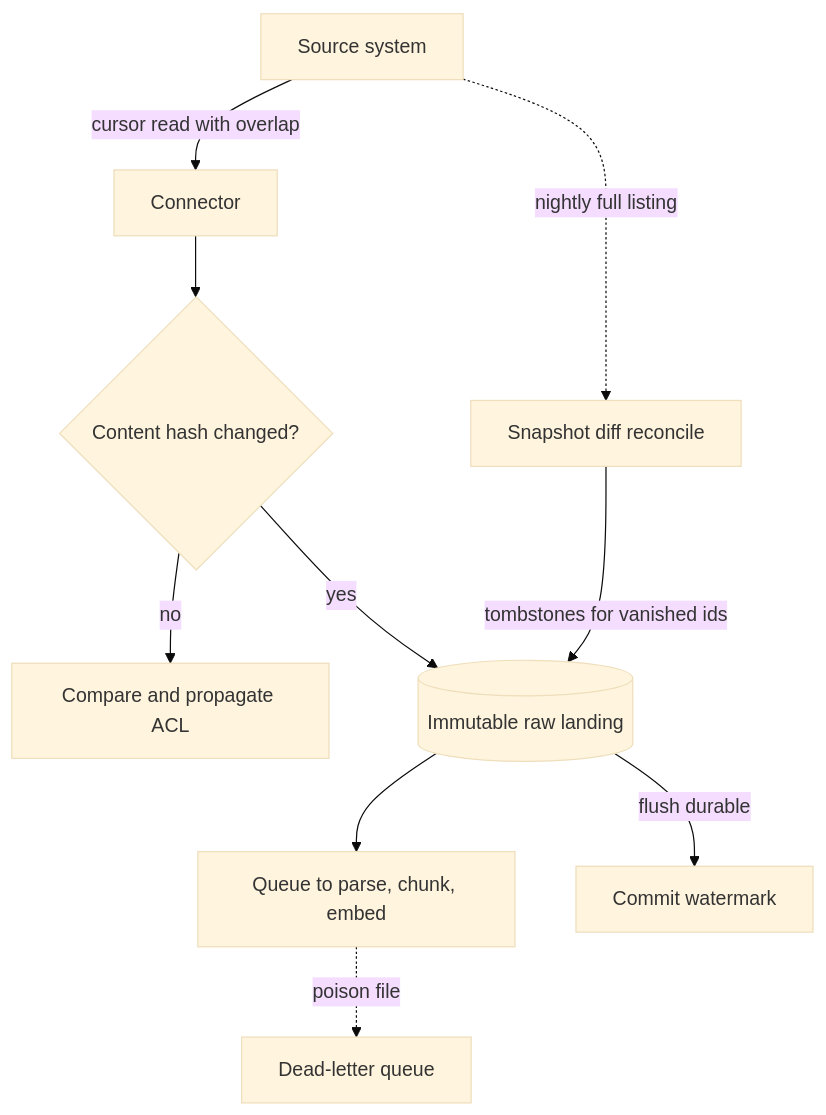
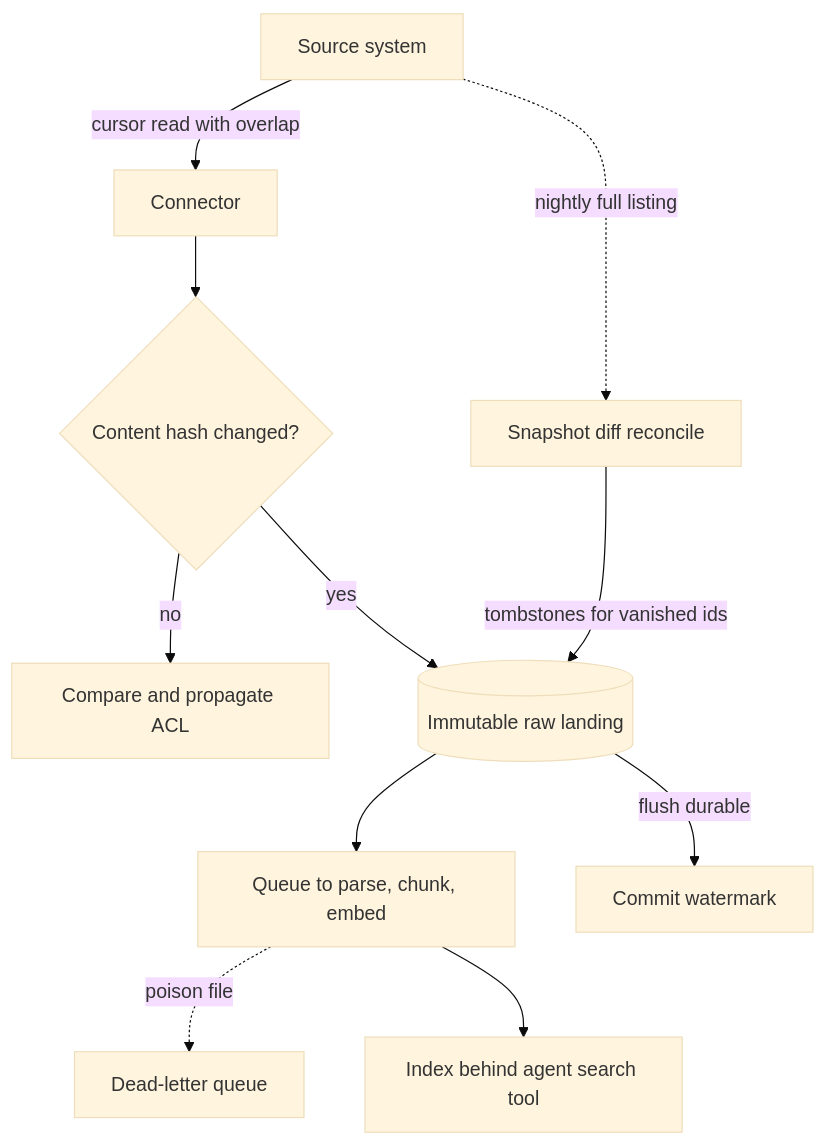
One commit to lovishmahajan97/agentic-learning changed the diagram in content/data-architecture/ingestion-pipelines.md. Above: the diagram before and after it, drawn with Mermaid (base theme). The commit also changed other lines of this file and 485 other files, not shown here.

````diff
--- a/content/data-architecture/ingestion-pipelines.md
+++ b/content/data-architecture/ingestion-pipelines.md
@@ -138,12 +160,13 @@
 ```mermaid
 flowchart TD
     S["Source system"] -->|"cursor read with overlap"| C["Connector"]
     S -.->|"nightly full listing"| R["Snapshot diff reconcile"]
     C --> H{"Content hash changed?"}
     H -->|"no"| A["Compare and propagate ACL"]
     H -->|"yes"| L[("Immutable raw landing")]
     R -->|"tombstones for vanished ids"| L
     L --> Q["Queue to parse, chunk, embed"]
     Q -.->|"poison file"| D["Dead-letter queue"]
+    Q --> T["Index behind agent search tool"]
     L -->|"flush durable"| W["Commit watermark"]
 ```
````
